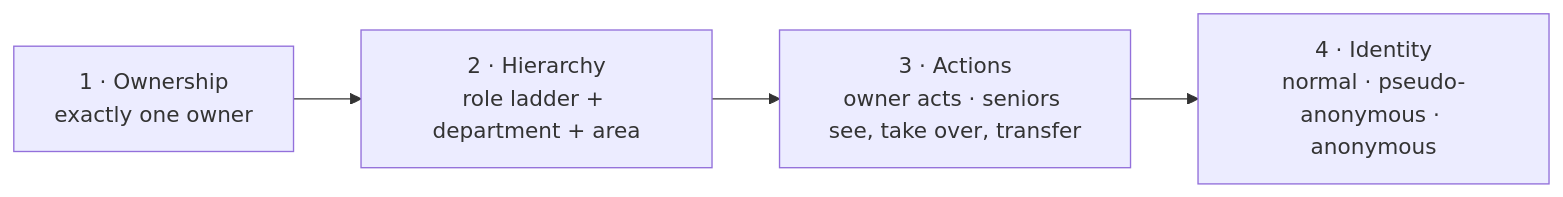
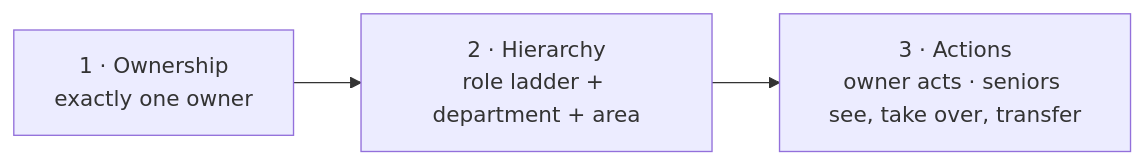
The first of 5 diagrams in docs/design/complaint-escalation-and-access.md (egovernments/Citizen-Complaint-Resolution-System), drawn with Mermaid before and after one commit. The commit also changed other lines of this file, not shown here.

````diff
--- a/docs/design/complaint-escalation-and-access.md
+++ b/docs/design/complaint-escalation-and-access.md
@@ -34,6 +33,5 @@
 ```mermaid
 flowchart LR
   O["1 · Ownership<br/>exactly one owner"] --> H["2 · Hierarchy<br/>role ladder + department + area"]
   H --> A["3 · Actions<br/>owner acts · seniors see, take over, transfer"]
-  A --> I["4 · Identity<br/>normal · pseudo-anonymous · anonymous"]
 ```
````
